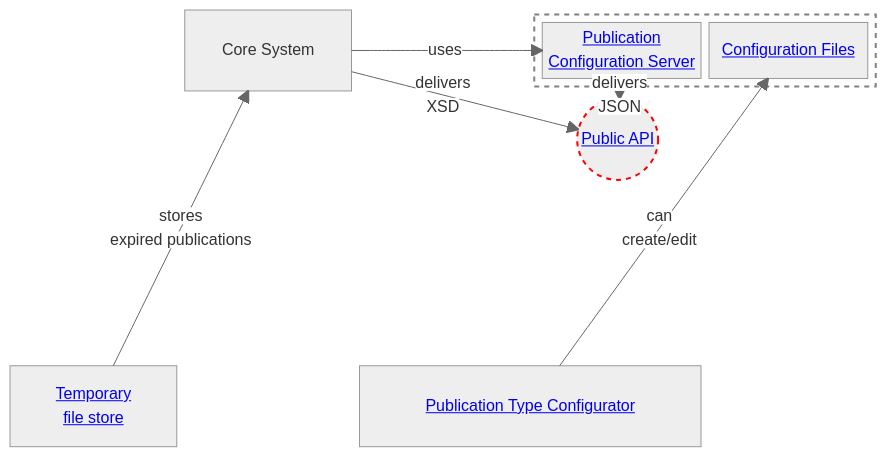
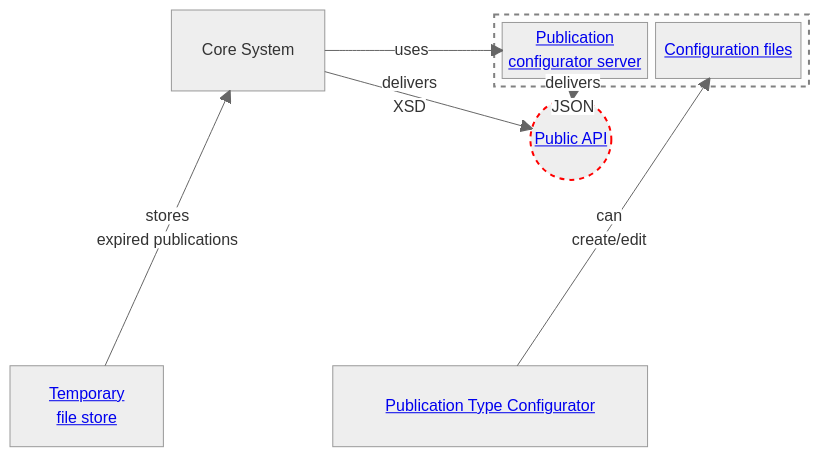
Before and after one commit to officialgazette/big-picture: the diagram in README.md, drawn with Mermaid. The commit also changed other lines of this file, not shown here.

````diff
--- a/README.md
+++ b/README.md
@@ -20,44 +26,44 @@
 ```mermaid
 
 %%{
   init: {
     'theme': 'neutral'
   }
 }%%
 
 block-beta
 columns 4
 
 space
   core["Core System"] space
 block:scope:2
 configServer["<a href='https://github.com/officialgazette/publication-configurator-server'>Publication
-Configuration Server</a>"]
-termsConfig["<a href='https://github.com/officialgazette/publication-standard'>Configuration Files</a>"]
+configurator server</a>"]
+termsConfig["<a href='https://github.com/officialgazette/publication-standard'>Configuration files</a>"]
 end
 space:3
 api(("<a href='https://amtsblattportal.ch/docs/api'>Public API</a>"))
 space:8
 tempStore["<a href='https://github.com/officialgazette/publication-archive'>Temporary
 file store</a>"]
 space
 
 Config["<a href='https://github.com/officialgazette/publication-configurator'>Publication Type Configurator</a>"]:2
 
 
 Config--"can
 create/edit"-->termsConfig
 core--"uses"-->configServer
 tempStore--"stores
 expired publications"-->core
 core--"delivers
 XSD"-->api
 configServer--"delivers
 JSON"-->api
 
 
 
 
 style scope stroke:grey,stroke-width:2px,color:#fff,stroke-dasharray: 5 5
 style api stroke:red,stroke-width:2px,color:grey,stroke-dasharray: 5 5
 ```
````
